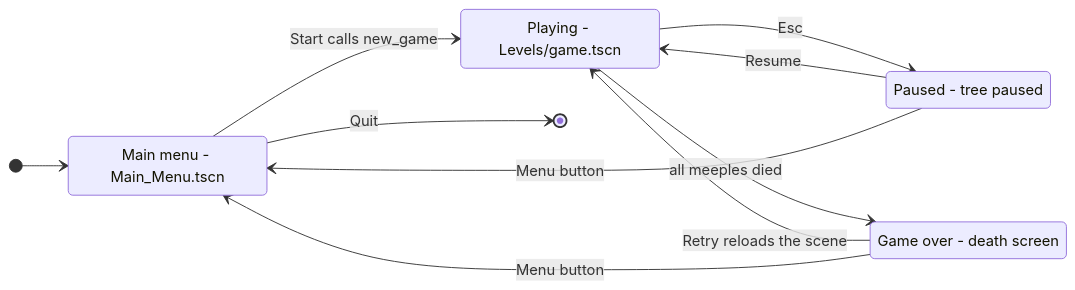
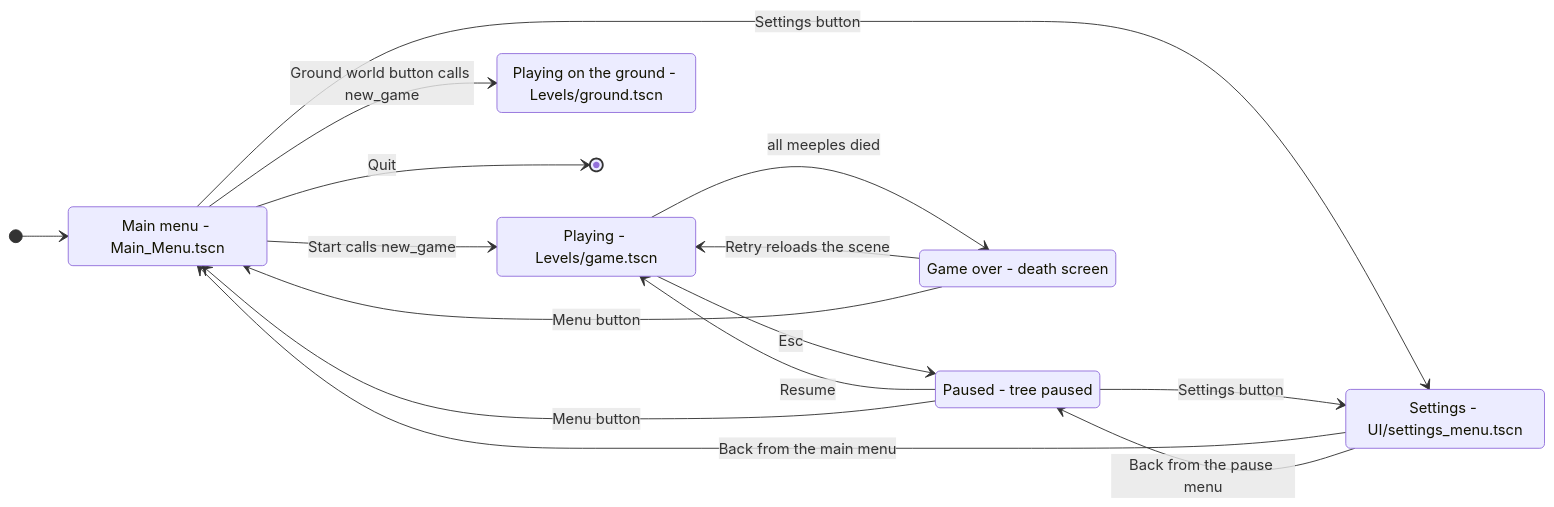
Before and after one commit to Liam-M-Mays/game-jam-2026: the eighth of 11 diagrams in docs/architecture.md, drawn with Mermaid. The commit also changed other lines of this file and 162 other files, not shown here.

````diff
--- a/docs/architecture.md
+++ b/docs/architecture.md
@@ -264,18 +303,25 @@
 ```mermaid
 stateDiagram-v2
     direction LR
     MainMenu: Main menu - Main_Menu.tscn
     Playing: Playing - Levels/game.tscn
+    Ground: Playing on the ground - Levels/ground.tscn
     Paused: Paused - tree paused
     GameOver: Game over - death screen
+    SettingsScreen: Settings - UI/settings_menu.tscn
 
     [*] --> MainMenu
     MainMenu --> Playing: Start calls new_game
+    MainMenu --> Ground: Ground world button calls new_game
     Playing --> Paused: Esc
     Paused --> Playing: Resume
     Paused --> MainMenu: Menu button
+    MainMenu --> SettingsScreen: Settings button
+    Paused --> SettingsScreen: Settings button
+    SettingsScreen --> MainMenu: Back from the main menu
+    SettingsScreen --> Paused: Back from the pause menu
     Playing --> GameOver: all meeples died
     GameOver --> Playing: Retry reloads the scene
     GameOver --> MainMenu: Menu button
     MainMenu --> [*]: Quit
 ```
````
